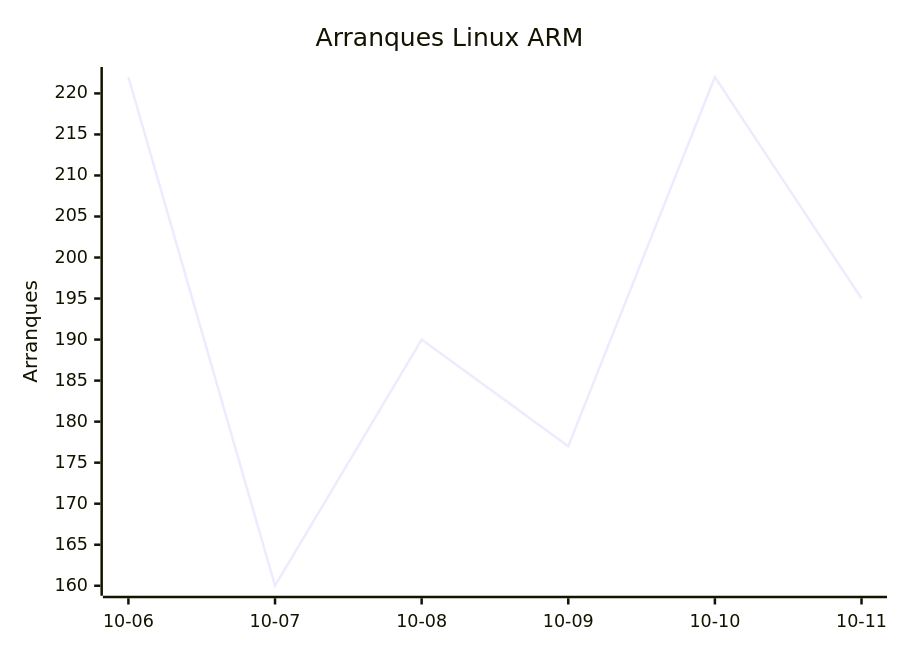
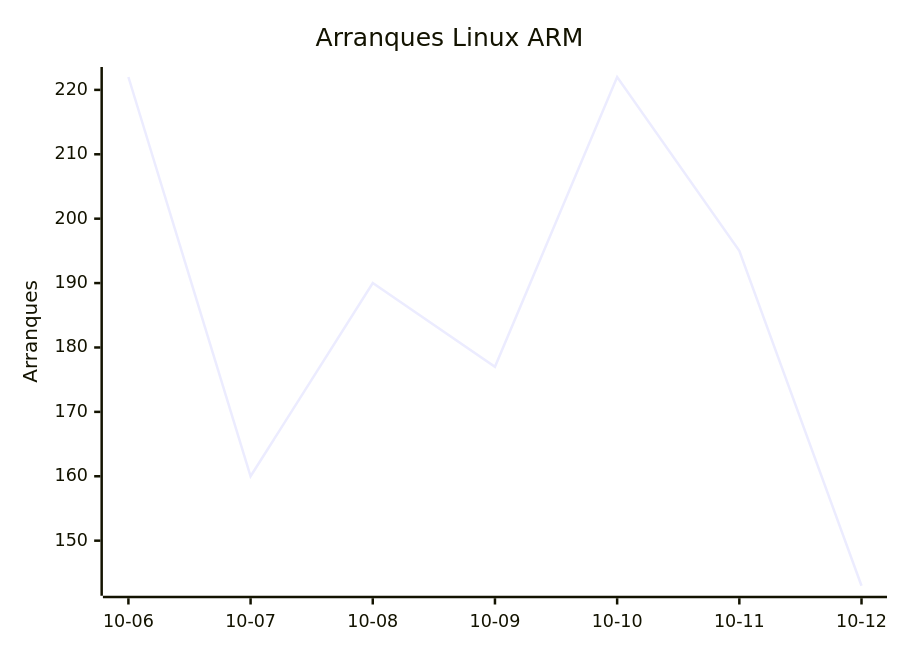
One commit to EmuDeck/stats changed the second of 8 diagrams in README.md. Above: the diagram before and after it, drawn with Mermaid. The commit also changed other lines of this file and 2 other files, not shown here.

````diff
--- a/README.md
+++ b/README.md
@@ -26,7 +26,7 @@
 ```mermaid
 xychart-beta
     title "Arranques Linux ARM"
-    x-axis ["10-06", "10-07", "10-08", "10-09", "10-10", "10-11"]
+    x-axis ["10-06", "10-07", "10-08", "10-09", "10-10", "10-11", "10-12"]
     y-axis "Arranques"
-    line [222, 160, 190, 177, 222, 195]
+    line [222, 160, 190, 177, 222, 195, 143]
 ```
````
